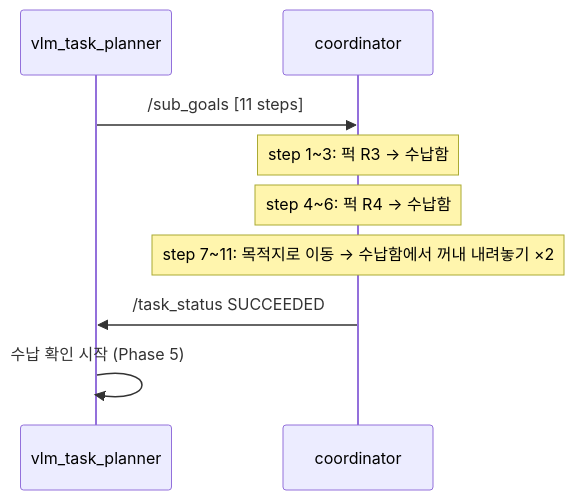
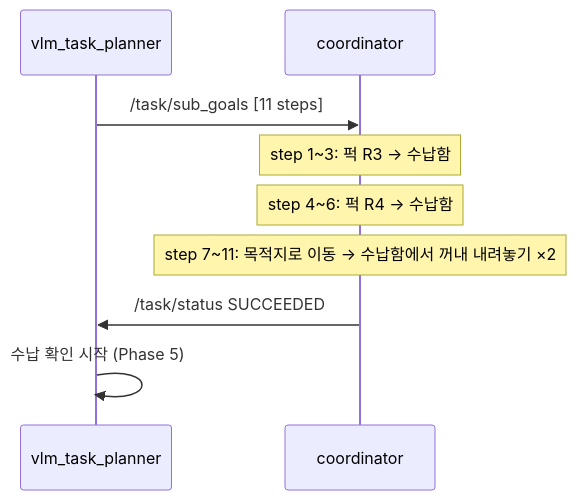
Before and after one commit to SeungHye-J/Lv2_bee_Assignment: the second of 5 diagrams in documents/mission/scenario/04-phase3-plan.md, drawn with Mermaid. The commit also changed other lines of this file and 25 other files, not shown here.

````diff
--- a/documents/mission/scenario/04-phase3-plan.md
+++ b/documents/mission/scenario/04-phase3-plan.md
@@ -54,12 +54,12 @@
 ```mermaid
 sequenceDiagram
     participant VLM as vlm_task_planner
     participant CO as coordinator
 
-    VLM->>CO: /sub_goals [11 steps]
+    VLM->>CO: /task/sub_goals [11 steps]
     Note over CO: step 1~3: 퍽 R3 → 수납함
     Note over CO: step 4~6: 퍽 R4 → 수납함
     Note over CO: step 7~11: 목적지로 이동 → 수납함에서 꺼내 내려놓기 ×2
-    CO->>VLM: /task_status SUCCEEDED
+    CO->>VLM: /task/status SUCCEEDED
     VLM->>VLM: 수납 확인 시작 (Phase 5)
 ```
````
